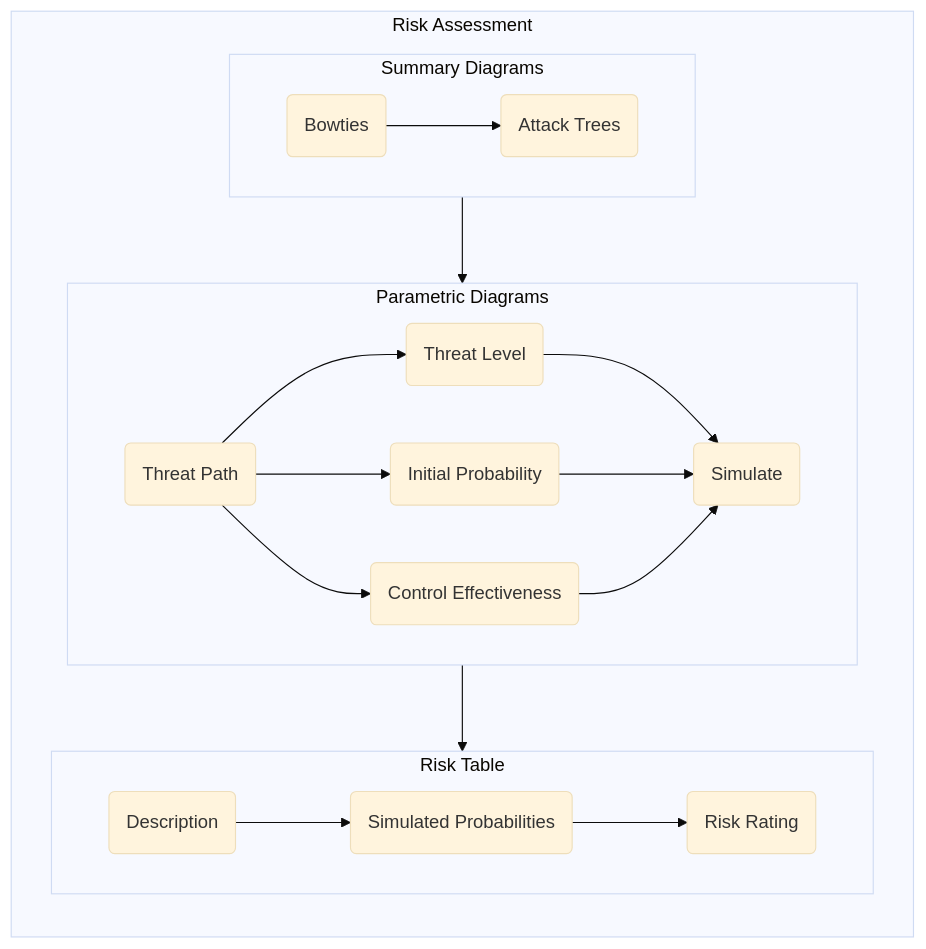
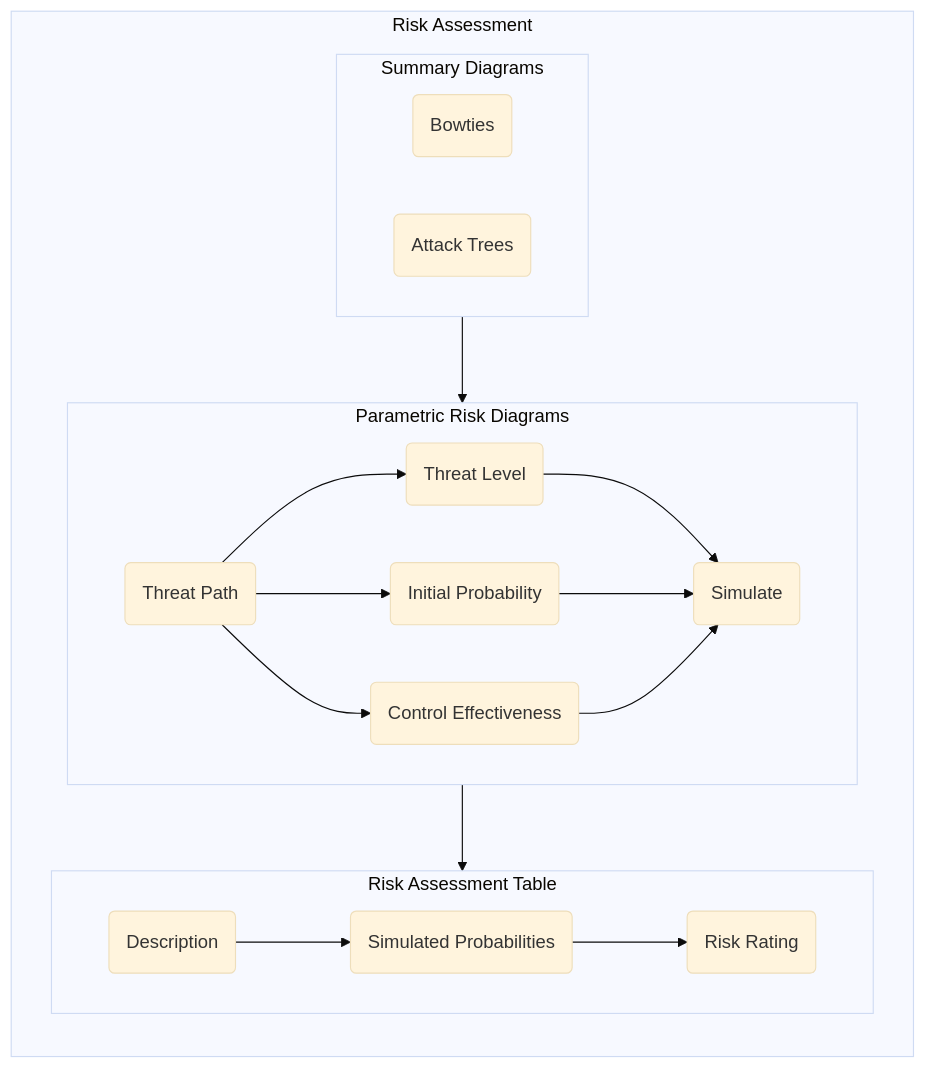
The first of 4 diagrams in Documentation/risk.md (stuartfowler/CEMT), drawn with Mermaid (base theme) before and after one commit. The commit also changed other lines of this file and 23 other files, not shown here.

````diff
--- a/Documentation/risk.md
+++ b/Documentation/risk.md
@@ -5,18 +5,19 @@
 ```mermaid
 flowchart TB
   subgraph RA["Risk Assessment"]
     direction TB
     subgraph 6["Summary Diagrams"]
-      6a("Bowties") --> 6b("Attack Trees")
+      6a("Bowties") 
+      6b("Attack Trees")
     end
-    subgraph 7["Parametric Diagrams"]
+    subgraph 7["Parametric Risk Diagrams"]
       7a("Threat Path") --> 7b("Threat Level") --> 7e("Simulate")
       7a --> 7c("Initial Probability") --> 7e
       7a --> 7d("Control Effectiveness") --> 7e
     end
-    subgraph 8["Risk Table"]
+    subgraph 8["Risk Assessment Table"]
       8a("Description") --> 8b("Simulated Probabilities") --> 8c("Risk Rating")
     end
     6 --> 7 --> 8
   end
 ```
````
